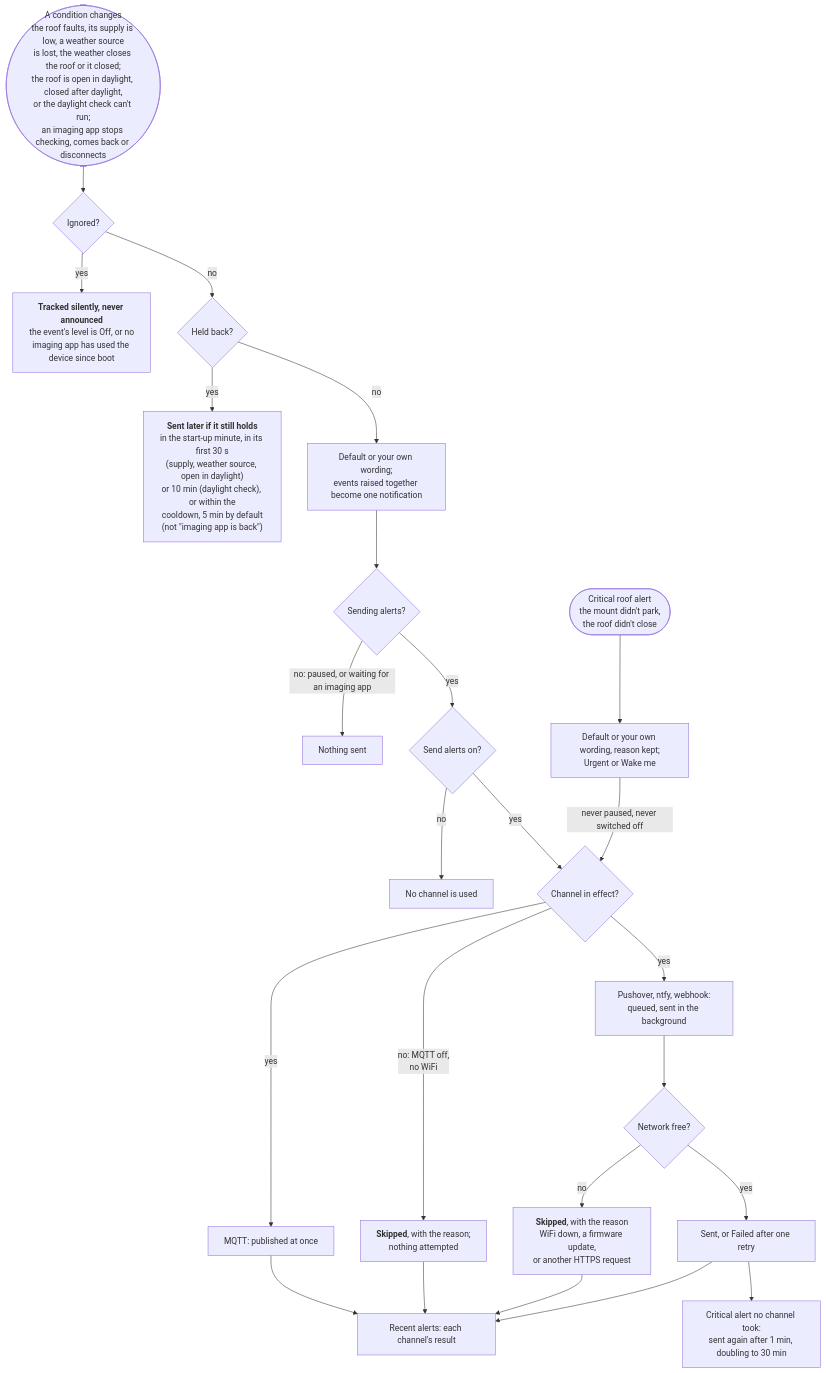
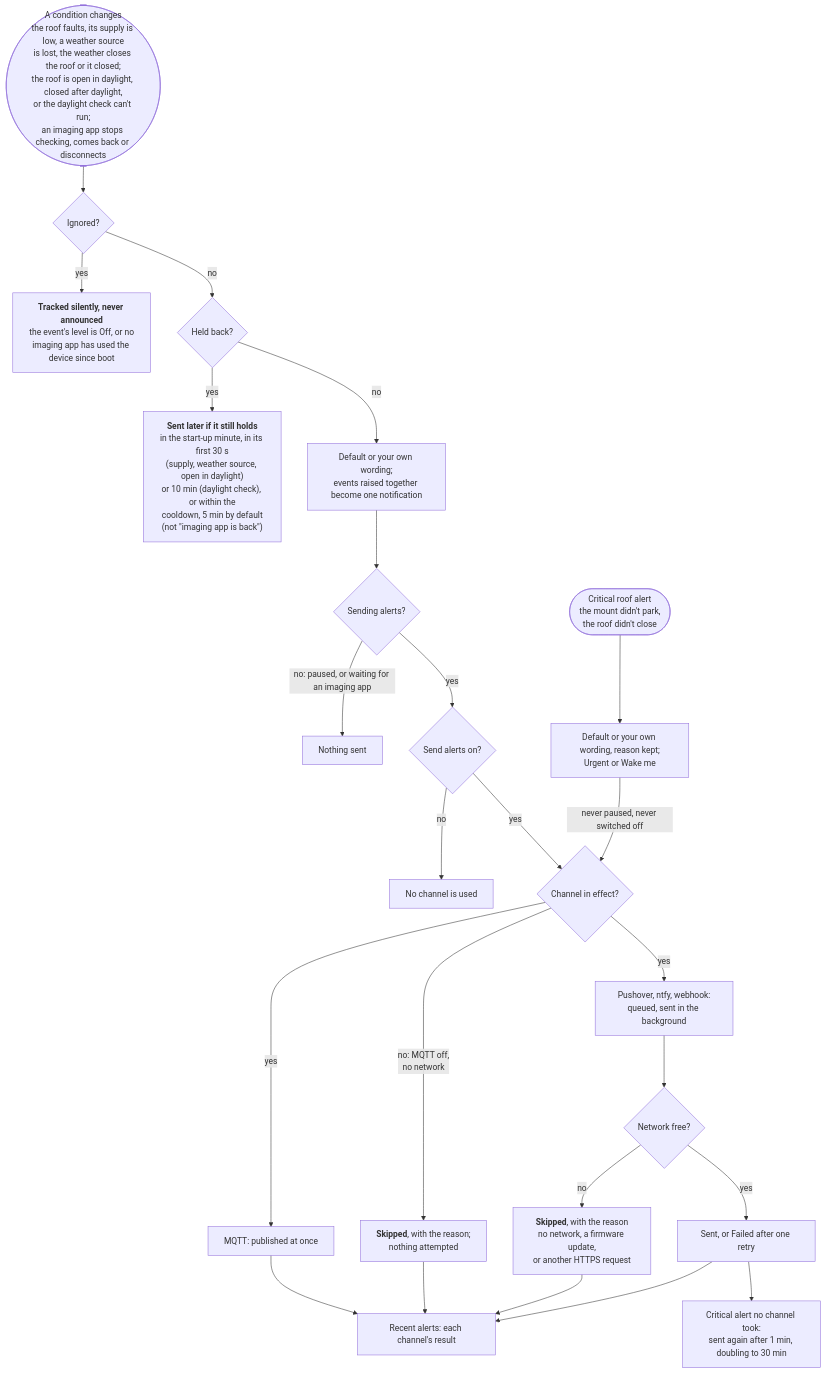
One commit to DeanJ87/RoofRoof changed the diagram in docs/user-guide/alerts.md. Above: the diagram before and after it, drawn with Mermaid. The commit also changed other lines of this file and 29 other files, not shown here.

````diff
--- a/docs/user-guide/alerts.md
+++ b/docs/user-guide/alerts.md
@@ -24,28 +24,28 @@
 ```mermaid
 flowchart TB
     accTitle: Why an alert does or doesn't arrive
     accDescr: Each second the device compares the roof and the imaging app with what you were last told. A change can be tracked silently, held back for now, or dropped by its level; otherwise it is worded and, if alerts are on and not paused, sent to every enabled channel, with each channel's result recorded. A critical roof alert skips the pause and the master switch, and is sent again until a channel takes it.
     CHANGE(["A condition changes<br/>the roof faults, its supply is low, a weather source<br/>is lost, the weather closes the roof or it closed;<br/>the roof is open in daylight, closed after daylight,<br/>or the daylight check can't run;<br/>an imaging app stops checking, comes back or disconnects"]) --> SILENT{"Ignored?"}
     SILENT -->|yes| TRACKED["<b>Tracked silently, never announced</b><br/>the event's level is Off, or no<br/>imaging app has used the device since boot"]
     SILENT -->|no| HELD{"Held back?"}
     HELD -->|yes| LATER["<b>Sent later if it still holds</b><br/>in the start-up minute, in its first 30 s<br/>(supply, weather source, open in daylight)<br/>or 10 min (daylight check), or within the<br/>cooldown, 5 min by default<br/>(not &quot;imaging app is back&quot;)"]
     HELD -->|no| WORDING["Default or your own wording;<br/>events raised together become one notification"]
     WORDING --> ON{"Sending alerts?"}
     ON -->|"no: paused, or waiting for an imaging app"| NOTHING["Nothing sent"]
     ON -->|yes| MASTER{"Send alerts on?"}
     MASTER -->|no| NOPUSH["No channel is used"]
     MASTER -->|yes| INEFFECT{"Channel in effect?"}
     CRITICAL(["Critical roof alert<br/>the mount didn't park,<br/>the roof didn't close"]) --> CWORDING["Default or your own wording, reason kept;<br/>Urgent or Wake me"]
     CWORDING -->|"never paused, never switched off"| INEFFECT
     SENT --> AGAIN["Critical alert no channel took:<br/>sent again after 1 min, doubling to 30 min"]
-    INEFFECT -->|"no: MQTT off,<br/>no WiFi"| INACTIVE["<b>Skipped</b>, with the reason;<br/>nothing attempted"]
+    INEFFECT -->|"no: MQTT off,<br/>no network"| INACTIVE["<b>Skipped</b>, with the reason;<br/>nothing attempted"]
     INEFFECT -->|yes| MQTT["MQTT: published at once"]
     INEFFECT -->|yes| HTTP["Pushover, ntfy, webhook:<br/>queued, sent in the background"]
     HTTP --> CANSEND{"Network free?"}
-    CANSEND -->|no| SKIPPED["<b>Skipped</b>, with the reason<br/>WiFi down, a firmware update,<br/>or another HTTPS request"]
+    CANSEND -->|no| SKIPPED["<b>Skipped</b>, with the reason<br/>no network, a firmware update,<br/>or another HTTPS request"]
     CANSEND -->|yes| SENT["Sent, or Failed after one retry"]
     MQTT --> RECENT["Recent alerts: each channel's result"]
     INACTIVE --> RECENT
     SKIPPED --> RECENT
     SENT --> RECENT
 ```
````
